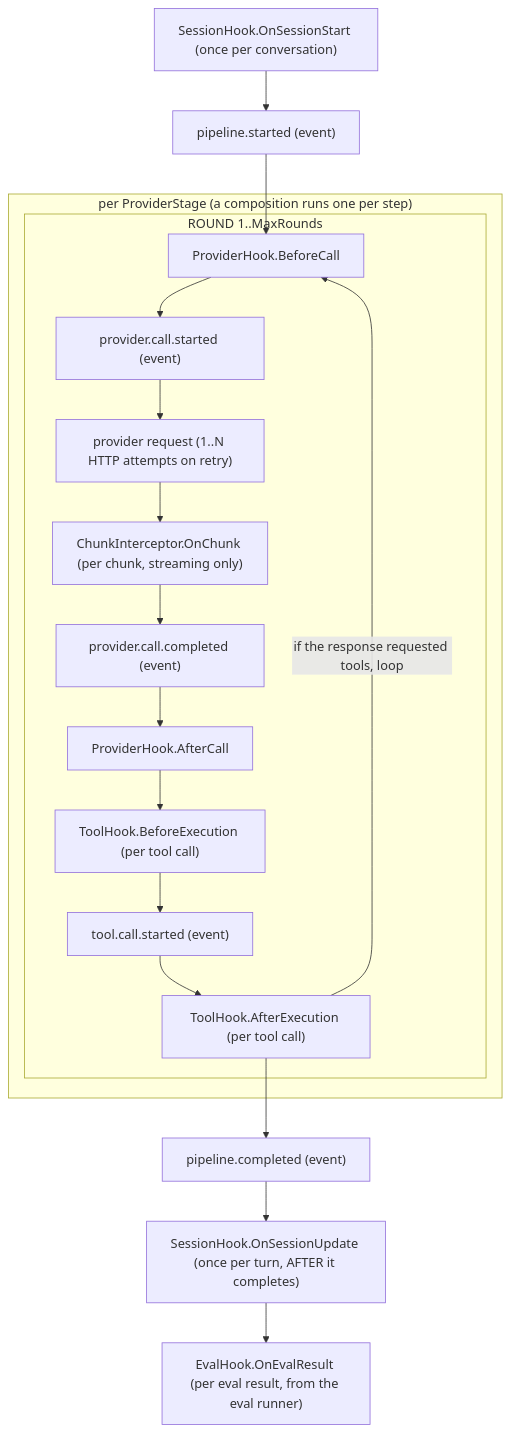
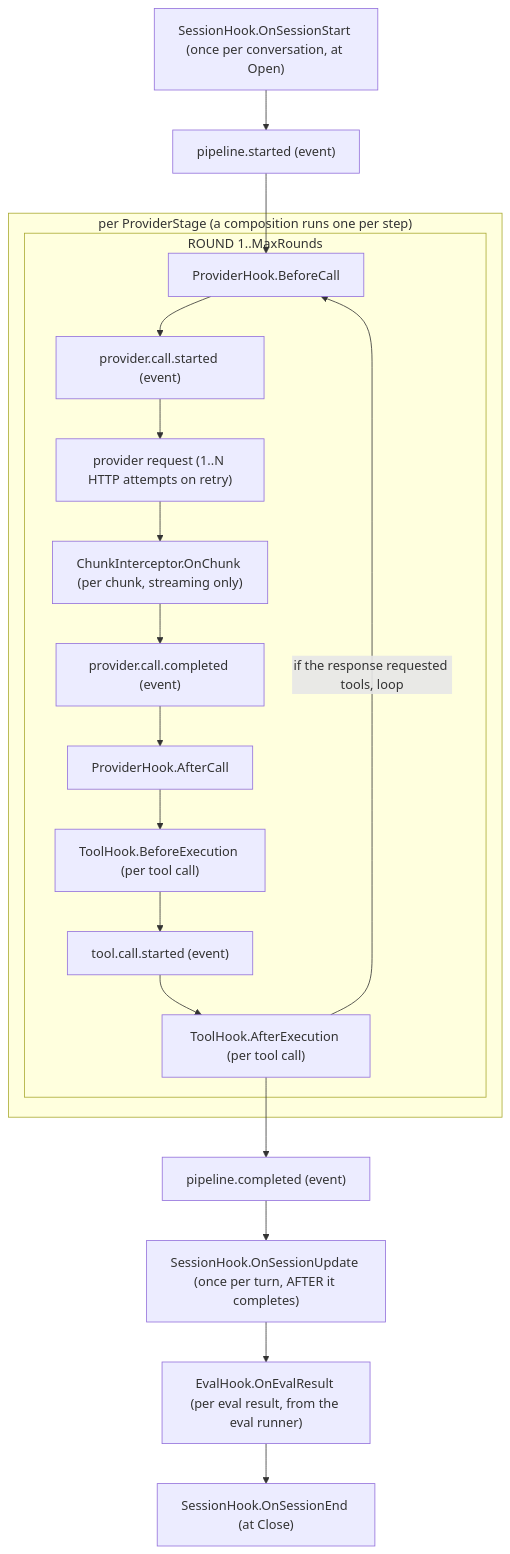
Before and after one commit to AltairaLabs/PromptKit: the diagram in docs/src/content/docs/sdk/explanation/hooks.md, drawn with Mermaid. The commit also changed other lines of this file and 35 other files, not shown here.

First line of the commit message:
docs: review the explanation and architecture pages against the code (#2343)

````diff
--- a/docs/src/content/docs/sdk/explanation/hooks.md
+++ b/docs/src/content/docs/sdk/explanation/hooks.md
@@ -49,24 +72,25 @@
 ```mermaid
 flowchart TD
-  SS["SessionHook.OnSessionStart (once per conversation)"]
+  SS["SessionHook.OnSessionStart (once per conversation, at Open)"]
   PST["pipeline.started (event)"]
   subgraph PS["per ProviderStage (a composition runs one per step)"]
     subgraph RD["ROUND 1..MaxRounds"]
       BC["ProviderHook.BeforeCall"]
       PCS["provider.call.started (event)"]
       REQ["provider request (1..N HTTP attempts on retry)"]
       OC["ChunkInterceptor.OnChunk (per chunk, streaming only)"]
       PCC["provider.call.completed (event)"]
       AC["ProviderHook.AfterCall"]
       TBE["ToolHook.BeforeExecution (per tool call)"]
       TCS["tool.call.started (event)"]
       TAE["ToolHook.AfterExecution (per tool call)"]
     end
   end
   PC["pipeline.completed (event)"]
   SU["SessionHook.OnSessionUpdate (once per turn, AFTER it completes)"]
   ER["EvalHook.OnEvalResult (per eval result, from the eval runner)"]
+  SE["SessionHook.OnSessionEnd (at Close)"]
   SS --> PST --> BC --> PCS --> REQ --> OC --> PCC --> AC --> TBE --> TCS --> TAE
   TAE -->|"if the response requested tools, loop"| BC
-  TAE --> PC --> SU --> ER
+  TAE --> PC --> SU --> ER --> SE
 ```
````
